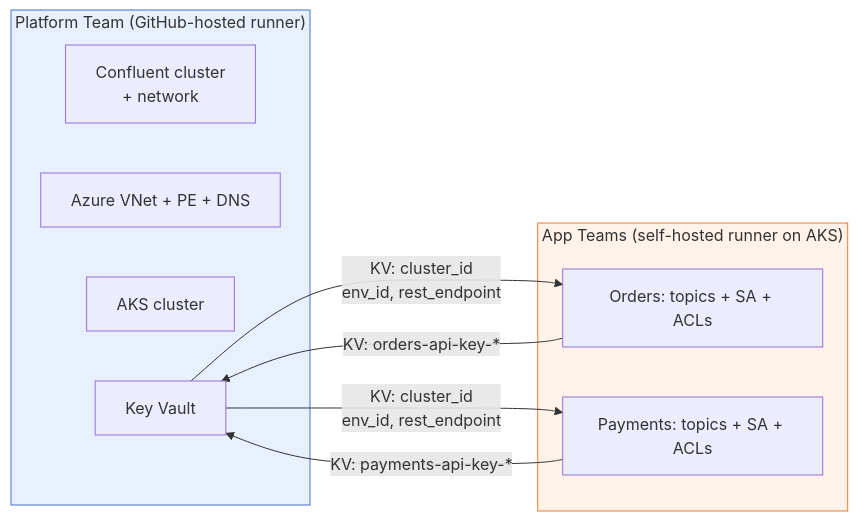
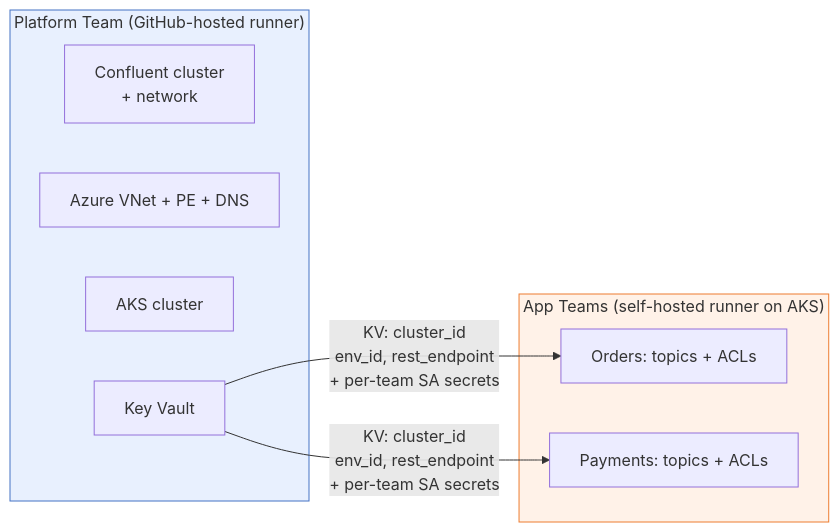
Before and after one commit to GouthamKumar4/terraform-confluent-cloud-aks-poc: the second of 3 diagrams in docs/architecture.md, drawn with Mermaid. The commit also changed other lines of this file and 41 other files, not shown here.

````diff
--- a/docs/architecture.md
+++ b/docs/architecture.md
@@ -128,22 +128,20 @@
 ```mermaid
 graph LR
     subgraph Platform["Platform Team (GitHub-hosted runner)"]
         P1["Confluent cluster<br>+ network"]
         P2["Azure VNet + PE + DNS"]
         P3["AKS cluster"]
         P4["Key Vault"]
     end
 
     subgraph AppTeams["App Teams (self-hosted runner on AKS)"]
-        A1["Orders: topics + SA + ACLs"]
-        A2["Payments: topics + SA + ACLs"]
+        A1["Orders: topics + ACLs"]
+        A2["Payments: topics + ACLs"]
     end
 
-    P4 -->|"KV: cluster_id<br>env_id, rest_endpoint"| A1
-    P4 -->|"KV: cluster_id<br>env_id, rest_endpoint"| A2
-    A1 -->|"KV: orders-api-key-*"| P4
-    A2 -->|"KV: payments-api-key-*"| P4
+    P4 -->|"KV: cluster_id<br>env_id, rest_endpoint<br>+ per-team SA secrets"| A1
+    P4 -->|"KV: cluster_id<br>env_id, rest_endpoint<br>+ per-team SA secrets"| A2
 
     style Platform fill:#E8F0FE,stroke:#4472C4
     style AppTeams fill:#FFF2E8,stroke:#ED7D31
 ```
````
